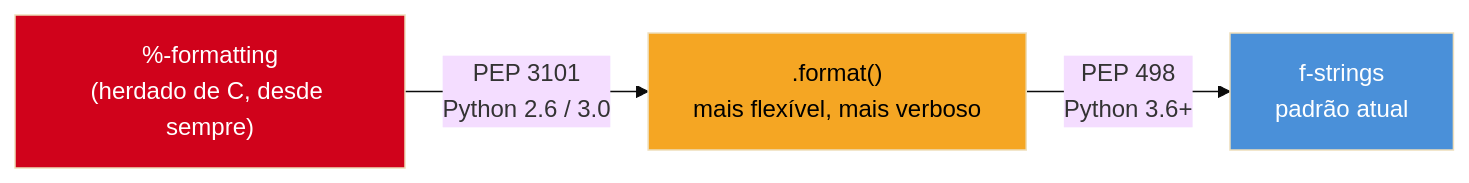
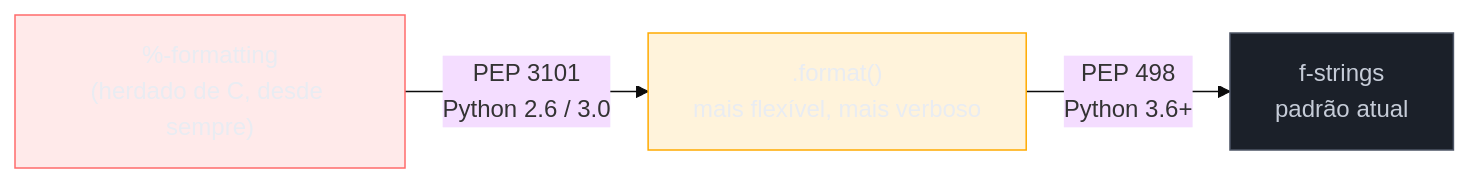
Before and after one commit to josenaldo/codex-technomanticus: the first of 2 diagrams in 03-Dominios/Tecnologia/Python/Core/07 - Strings e formatação.md, drawn with Mermaid (base theme). The commit also changed other lines of this file and 1181 other files, not shown here.

First line of the commit message:
fix(diagramas): paleta do sistema no lugar de cor cravada no markdown

````diff
--- a/03-Dominios/Tecnologia/Python/Core/07 - Strings e formatação.md
+++ b/03-Dominios/Tecnologia/Python/Core/07 - Strings e formatação.md
@@ -165,9 +165,12 @@
 ```mermaid
 flowchart LR
+    classDef falha fill:#FF6B6B24,stroke:#FF6B6B,color:#E9ECF2
+    classDef destaque fill:#FFAA0024,stroke:#FFAA00,color:#E9ECF2
+    classDef neutro fill:#1B2029,stroke:#4E5666,color:#C6CCD8
     A["%-formatting<br/>(herdado de C, desde sempre)"] -->|"PEP 3101<br/>Python 2.6 / 3.0"| B[".format()<br/>mais flexível, mais verboso"]
     B -->|"PEP 498<br/>Python 3.6+"| C["f-strings<br/>padrão atual"]
 
-    style A fill:#D0021B,color:#fff
-    style B fill:#F5A623,color:#000
-    style C fill:#4A90D9,color:#fff
+    class A falha
+    class B destaque
+    class C neutro
 ```
````
